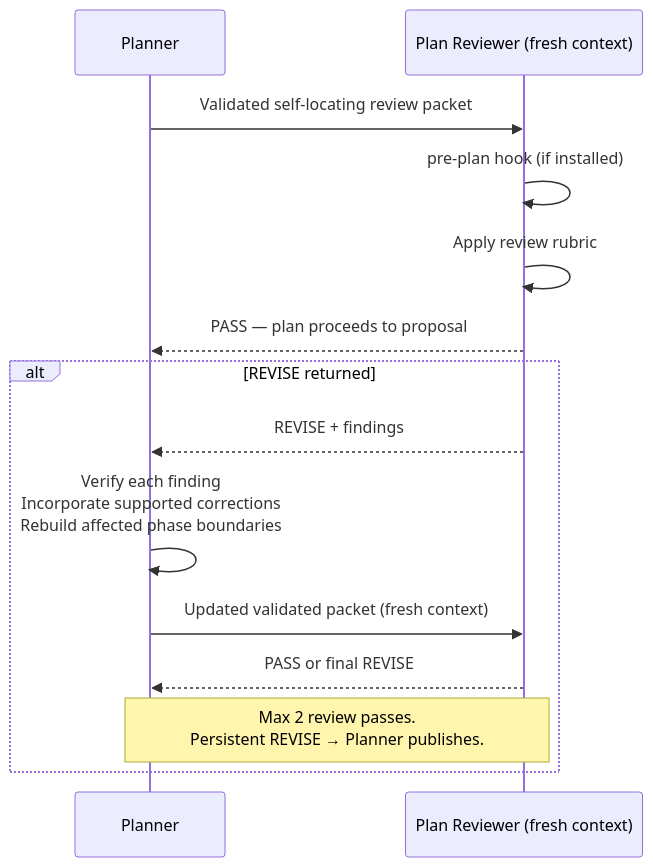
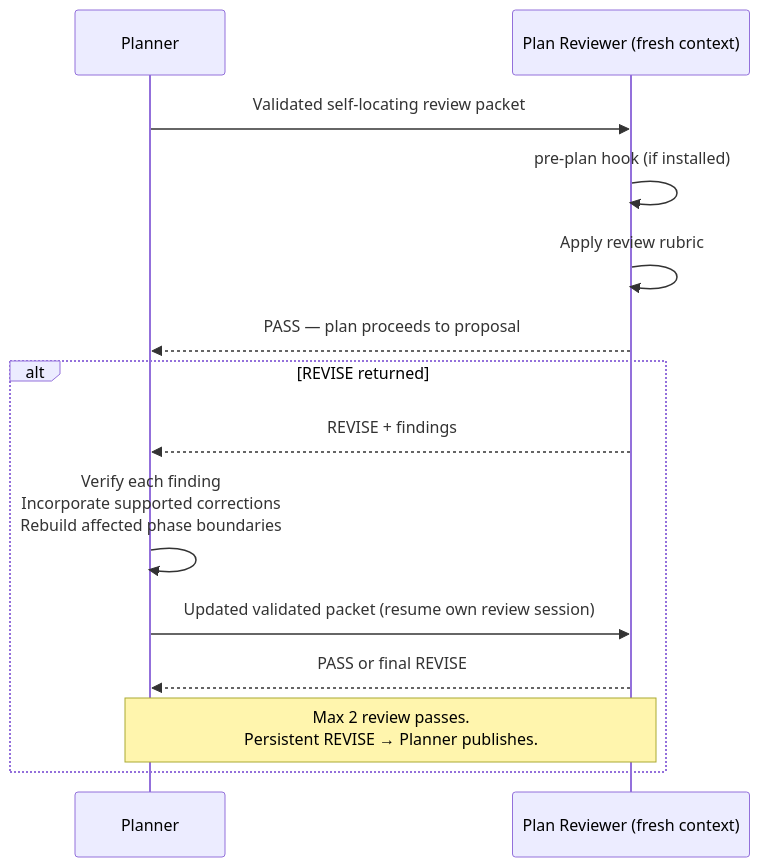
Before and after one commit to ericmaster/agent-fabric: the second of 2 diagrams in docs/architecture/plan-reviewer.md, drawn with Mermaid. The commit also changed 30 other files, not shown here.

````diff
--- a/docs/architecture/plan-reviewer.md
+++ b/docs/architecture/plan-reviewer.md
@@ -110,18 +110,18 @@
 ```mermaid
 sequenceDiagram
     participant P as Planner
     participant R as Plan Reviewer (fresh context)
 
     P->>R: Validated self-locating review packet
     R->>R: pre-plan hook (if installed)
     R->>R: Apply review rubric
     R-->>P: PASS — plan proceeds to proposal
 
     alt REVISE returned
         R-->>P: REVISE + findings
         P->>P: Verify each finding<br/>Incorporate supported corrections<br/>Rebuild affected phase boundaries
-        P->>R: Updated validated packet (fresh context)
+        P->>R: Updated validated packet (resume own review session)
         R-->>P: PASS or final REVISE
         Note over P,R: Max 2 review passes.<br/>Persistent REVISE → Planner publishes.
     end
 ```
````
